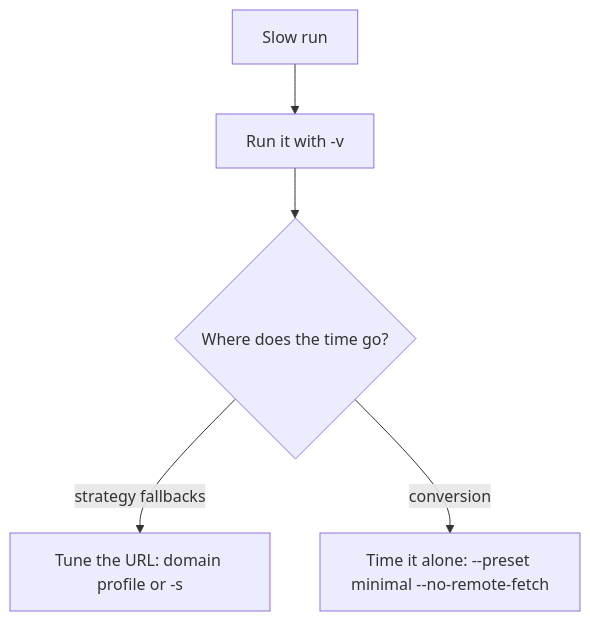
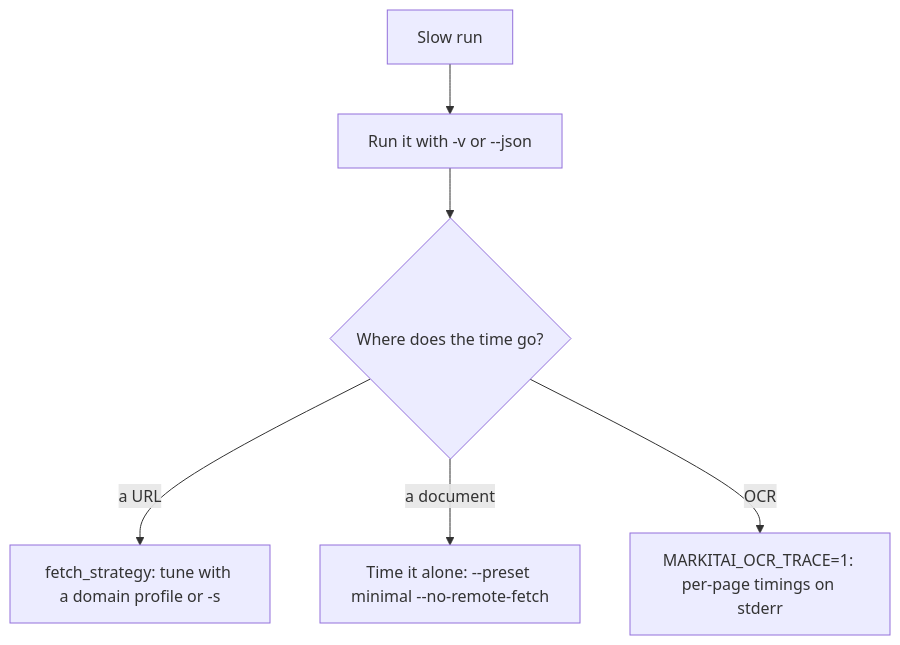
One commit to Ynewtime/markitai changed the second of 2 diagrams in website/guide/performance.md. Above: the diagram before and after it, drawn with Mermaid. The commit also changed other lines of this file and 38 other files, not shown here.

````diff
--- a/website/guide/performance.md
+++ b/website/guide/performance.md
@@ -82,7 +34,8 @@
 ```mermaid
 flowchart TD
-  S[Slow run] --> V["Run it with -v"]
+  S[Slow run] --> V["Run it with -v or --json"]
   V --> Q{"Where does the time go?"}
-  Q -->|"strategy fallbacks"| F["Tune the URL: domain profile or -s"]
-  Q -->|"conversion"| M["Time it alone: --preset minimal --no-remote-fetch"]
+  Q -->|"a URL"| F["fetch_strategy: tune with a domain profile or -s"]
+  Q -->|"a document"| M["Time it alone: --preset minimal --no-remote-fetch"]
+  Q -->|"OCR"| T["MARKITAI_OCR_TRACE=1: per-page timings on stderr"]
 ```
````
